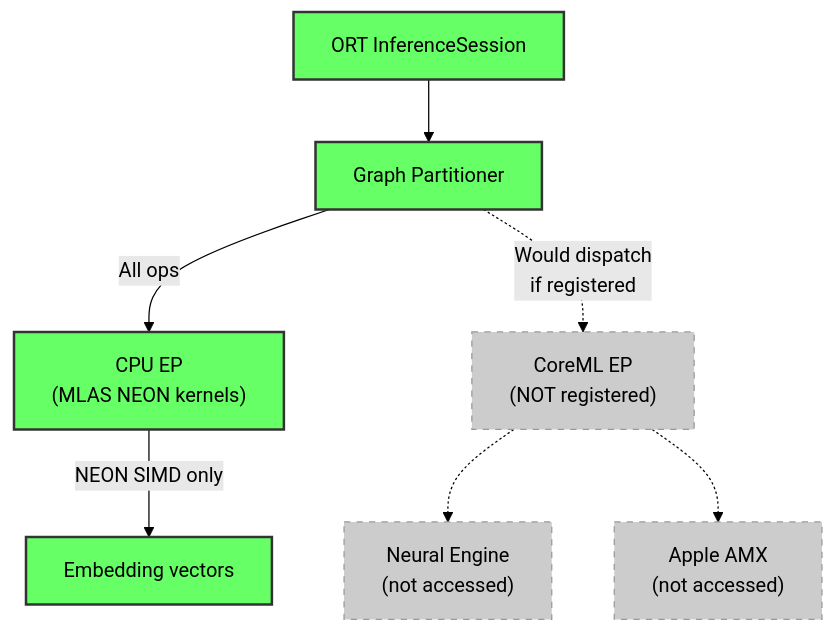
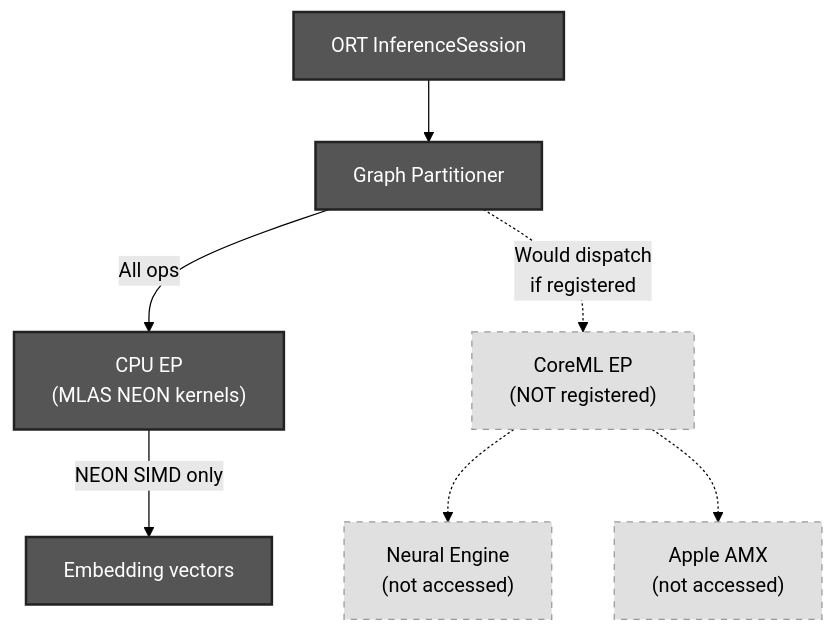
One commit to Fulton-Engineering-Services/bge-m3-embedding-server changed the third of 5 diagrams in docs/apple-silicon.md. Above: the diagram before and after it, drawn with Mermaid (forest theme). The commit also changed other lines of this file, not shown here.

Commit message:
docs(apple-silicon): replace diagram colors with grayscale palette

````diff
--- a/docs/apple-silicon.md
+++ b/docs/apple-silicon.md
@@ -169,22 +169,22 @@
 ```mermaid
 graph TD
     Session["ORT InferenceSession"]
     Partition["Graph Partitioner"]
     CoreML["CoreML EP<br/>(NOT registered)"]
     CPU["CPU EP<br/>(MLAS NEON kernels)"]
     AMX["Apple AMX<br/>(not accessed)"]
     ANE["Neural Engine<br/>(not accessed)"]
 
     Session --> Partition
     Partition -->|"All ops"| CPU
     Partition -.->|"Would dispatch<br/>if registered"| CoreML
     CoreML -.-> ANE
     CoreML -.-> AMX
     CPU -->|"NEON SIMD only"| Result["Embedding vectors"]
 
-    classDef active fill:#6f6,stroke:#333,stroke-width:2px
-    classDef inactive fill:#ccc,stroke:#999,stroke-width:1px,stroke-dasharray: 5 5
+    classDef active fill:#555,stroke:#222,stroke-width:2px,color:#fff
+    classDef inactive fill:#e0e0e0,stroke:#999,stroke-width:1px,stroke-dasharray: 5 5
 
     class Session,Partition,CPU,Result active
     class CoreML,AMX,ANE inactive
 ```
````
